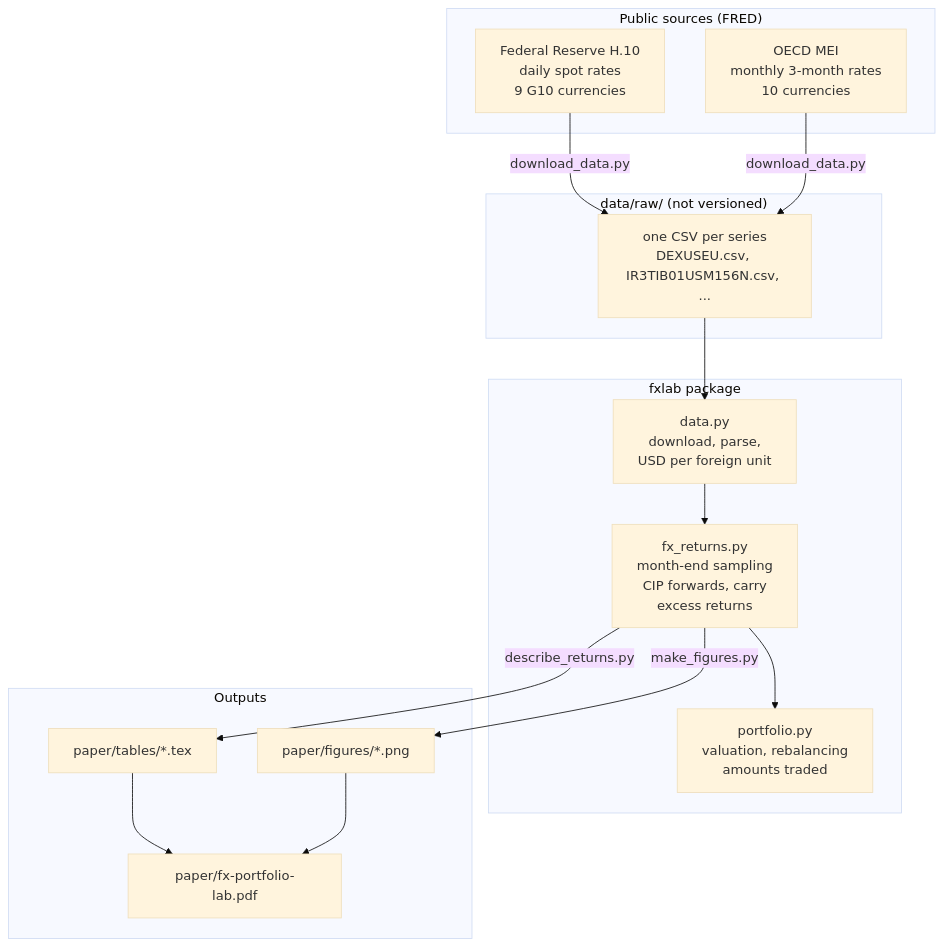
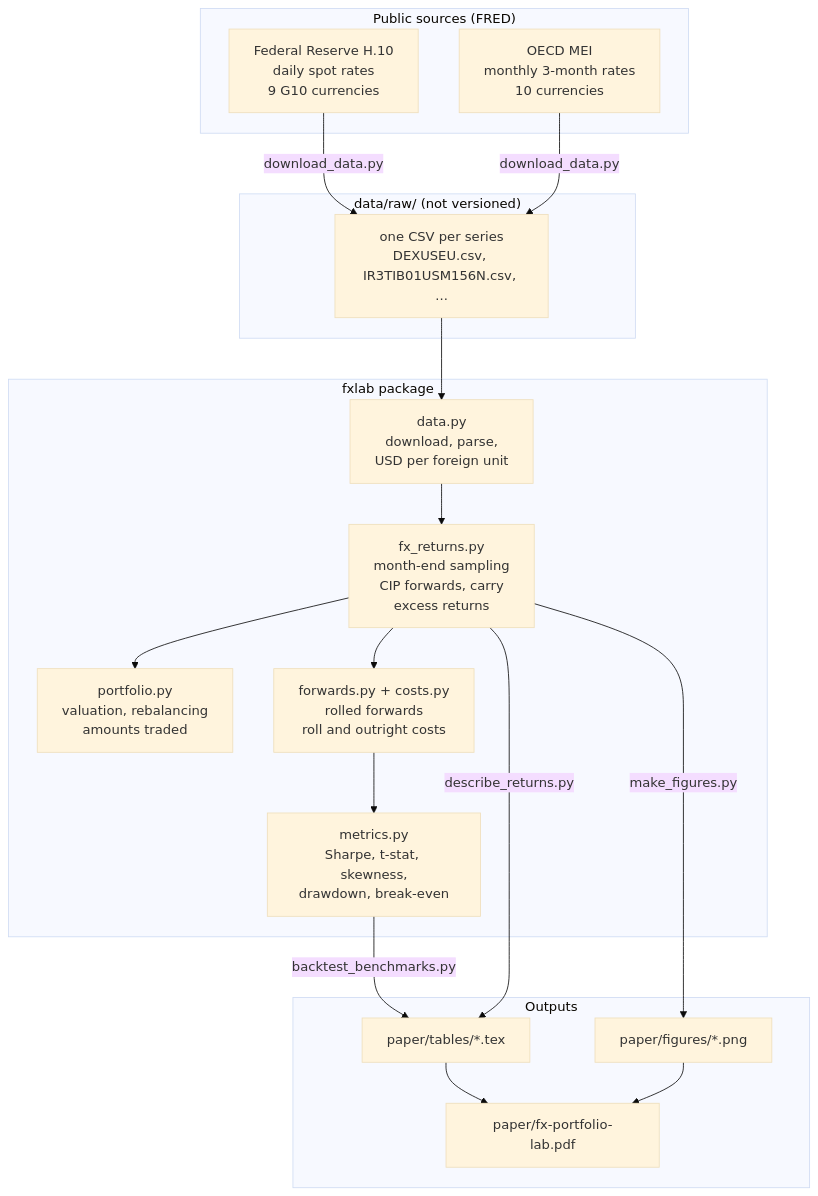
Before and after one commit to tomrousselet/fx-portfolio-lab: the first of 3 diagrams in ARCHITECTURE.md, drawn with Mermaid (base theme). The commit also changed other lines of this file and 15 other files, not shown here.

First line of the commit message:
Phase 1: forward backtest, transaction costs and performance measures

````diff
--- a/ARCHITECTURE.md
+++ b/ARCHITECTURE.md
@@ -21,33 +21,38 @@
 ```mermaid
 flowchart TB
     subgraph Sources["Public sources (FRED)"]
         H10["Federal Reserve H.10<br/>daily spot rates<br/>9 G10 currencies"]
         OECD["OECD MEI<br/>monthly 3-month rates<br/>10 currencies"]
     end
 
     subgraph Raw["data/raw/ (not versioned)"]
         CSV["one CSV per series<br/>DEXUSEU.csv, IR3TIB01USM156N.csv, ..."]
     end
 
     subgraph Lib["fxlab package"]
         DATA["data.py<br/>download, parse,<br/>USD per foreign unit"]
         RX["fx_returns.py<br/>month-end sampling<br/>CIP forwards, carry<br/>excess returns"]
         PF["portfolio.py<br/>valuation, rebalancing<br/>amounts traded"]
+        FW["forwards.py + costs.py<br/>rolled forwards<br/>roll and outright costs"]
+        MT["metrics.py<br/>Sharpe, t-stat, skewness,<br/>drawdown, break-even"]
     end
 
     subgraph Out["Outputs"]
         TAB["paper/tables/*.tex"]
         FIG["paper/figures/*.png"]
         PDF["paper/fx-portfolio-lab.pdf"]
     end
 
     H10 -->|download_data.py| CSV
     OECD -->|download_data.py| CSV
     CSV --> DATA
     DATA --> RX
     RX --> PF
+    RX --> FW
+    FW --> MT
+    MT -->|backtest_benchmarks.py| TAB
     RX -->|describe_returns.py| TAB
     RX -->|make_figures.py| FIG
     TAB --> PDF
     FIG --> PDF
 ```
````
